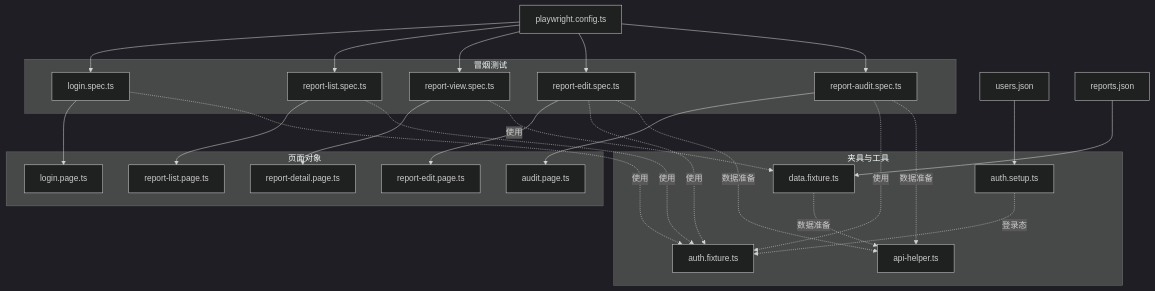
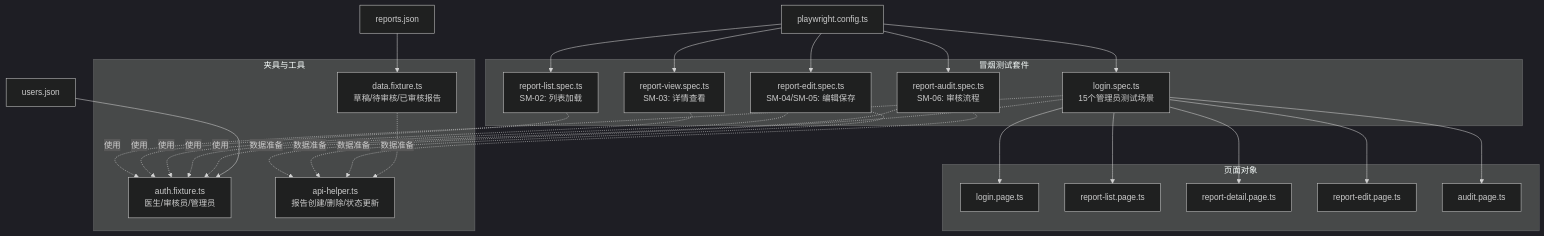
One commit to zzgoviziwind/--playwright changed the first of 4 diagrams in .qoder/repowiki/zh/content/测试用例设计/冒烟测试套件.md. Above: the diagram before and after it, drawn with Mermaid (dark theme). The commit also changed other lines of this file and 112 other files, not shown here.

````diff
--- a/.qoder/repowiki/zh/content/测试用例设计/冒烟测试套件.md
+++ b/.qoder/repowiki/zh/content/测试用例设计/冒烟测试套件.md
@@ -43,47 +44,46 @@
 ```mermaid
 graph TB
-subgraph "冒烟测试"
-S1["login.spec.ts"]
-S2["report-list.spec.ts"]
-S3["report-view.spec.ts"]
-S4["report-edit.spec.ts"]
-S5["report-audit.spec.ts"]
+subgraph "冒烟测试套件"
+S1["login.spec.ts<br/>15个管理员测试场景"]
+S2["report-list.spec.ts<br/>SM-02: 列表加载"]
+S3["report-view.spec.ts<br/>SM-03: 详情查看"]
+S4["report-edit.spec.ts<br/>SM-04/SM-05: 编辑保存"]
+S5["report-audit.spec.ts<br/>SM-06: 审核流程"]
 end
 subgraph "页面对象"
 P1["login.page.ts"]
 P2["report-list.page.ts"]
 P3["report-detail.page.ts"]
 P4["report-edit.page.ts"]
 P5["audit.page.ts"]
 end
 subgraph "夹具与工具"
-F1["auth.fixture.ts"]
-F2["data.fixture.ts"]
-F3["auth.setup.ts"]
-U1["api-helper.ts"]
+F1["auth.fixture.ts<br/>医生/审核员/管理员"]
+F2["data.fixture.ts<br/>草稿/待审核/已审核报告"]
+U1["api-helper.ts<br/>报告创建/删除/状态更新"]
 end
 C1["playwright.config.ts"]
 D1["users.json"]
 D2["reports.json"]
 S1 --> P1
-S2 --> P2
-S3 --> P3
-S4 --> P4
-S5 --> P5
+S1 --> P2
+S1 --> P3
+S1 --> P4
+S1 --> P5
 S1 -. 使用 .-> F1
+S1 -. 数据准备 .-> U1
 S2 -. 使用 .-> F1
-S3 -. 使用 .-> F2
+S3 -. 使用 .-> F1
 S4 -. 使用 .-> F1
 S5 -. 使用 .-> F1
 S4 -. 数据准备 .-> U1
 S5 -. 数据准备 .-> U1
 F2 -. 数据准备 .-> U1
-F3 -. 登录态 .-> F1
 C1 --> S1
 C1 --> S2
 C1 --> S3
 C1 --> S4
 C1 --> S5
-D1 --> F3
+D1 --> F1
 D2 --> F2
 ```
````
